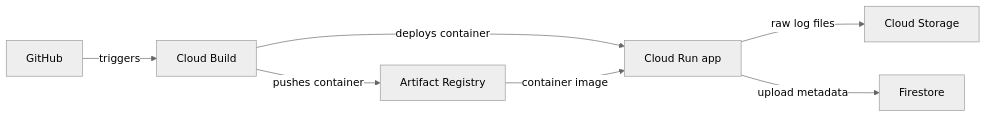
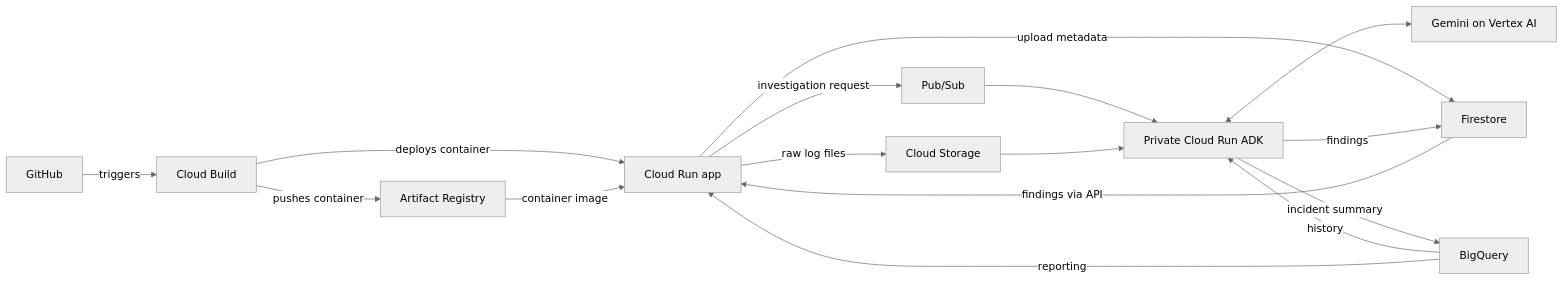
Before and after one commit to zeinhaidara/gcp-ai-log-analyzer: the diagram in README.md, drawn with Mermaid (neutral theme). The commit also changed other lines of this file and 14 other files, not shown here.

````diff
--- a/README.md
+++ b/README.md
@@ -9,9 +9,18 @@
 ```mermaid
 flowchart LR
     GitHub -->|triggers| Build[Cloud Build]
     Build -->|pushes container| Registry[Artifact Registry]
     Build -->|deploys container| Run[Cloud Run app]
     Registry -->|container image| Run
     Run -->|raw log files| Storage[Cloud Storage]
     Run -->|upload metadata| Firestore
+    Run -->|investigation request| Topic[Pub/Sub]
+    Topic --> Agent[Private Cloud Run ADK]
+    Storage --> Agent
+    Agent <--> Gemini[Gemini on Vertex AI]
+    Agent -->|findings| Firestore
+    Firestore -->|findings via API| Run
+    Agent -->|incident summary| BQ[BigQuery]
+    BQ -->|history| Agent
+    BQ -->|reporting| Run
 ```
````
